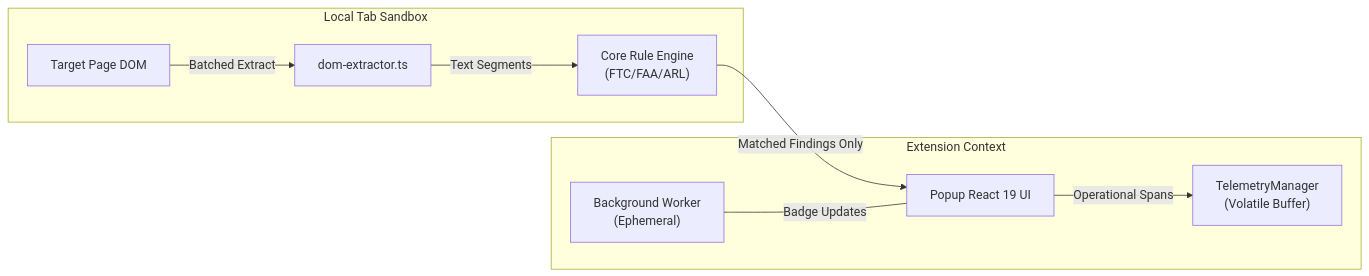
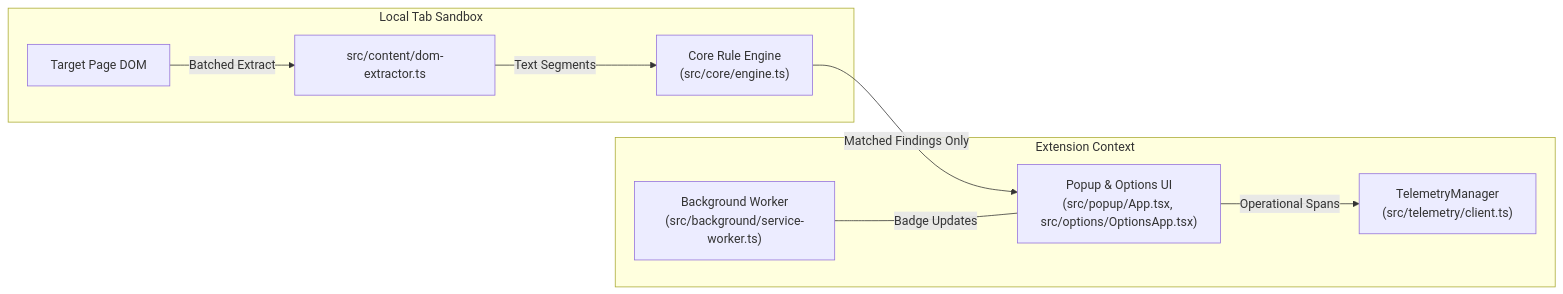
The second of 2 diagrams in docs/ARCHITECTURE.md (knowthankyew/knowthankyew-extension), drawn with Mermaid before and after one commit. The commit also changed other lines of this file and 18 other files, not shown here.

Commit message:
feat(v2.1.0): harden claims linter, architecture diagrams, and QA checklist for Safari and CWS

````diff
--- a/docs/ARCHITECTURE.md
+++ b/docs/ARCHITECTURE.md
@@ -97,20 +109,20 @@
 ```mermaid
 flowchart LR
     subgraph Execution["Local Tab Sandbox"]
         DOM["Target Page DOM"]
-        Ext["dom-extractor.ts"]
-        RE["Core Rule Engine<br/>(FTC/FAA/ARL)"]
+        Ext["src/content/dom-extractor.ts"]
+        RE["Core Rule Engine<br/>(src/core/engine.ts)"]
     end
 
     subgraph MV3Runtime["Extension Context"]
-        SW["Background Worker<br/>(Ephemeral)"]
-        Pop["Popup React 19 UI"]
-        TM["TelemetryManager<br/>(Volatile Buffer)"]
+        SW["Background Worker<br/>(src/background/service-worker.ts)"]
+        Pop["Popup &amp; Options UI<br/>(src/popup/App.tsx, src/options/OptionsApp.tsx)"]
+        TM["TelemetryManager<br/>(src/telemetry/client.ts)"]
     end
 
     DOM -->|"Batched Extract"| Ext
     Ext -->|"Text Segments"| RE
     RE -->|"Matched Findings Only"| Pop
     Pop -->|"Operational Spans"| TM
     SW ---|"Badge Updates"| Pop
 ```
````
